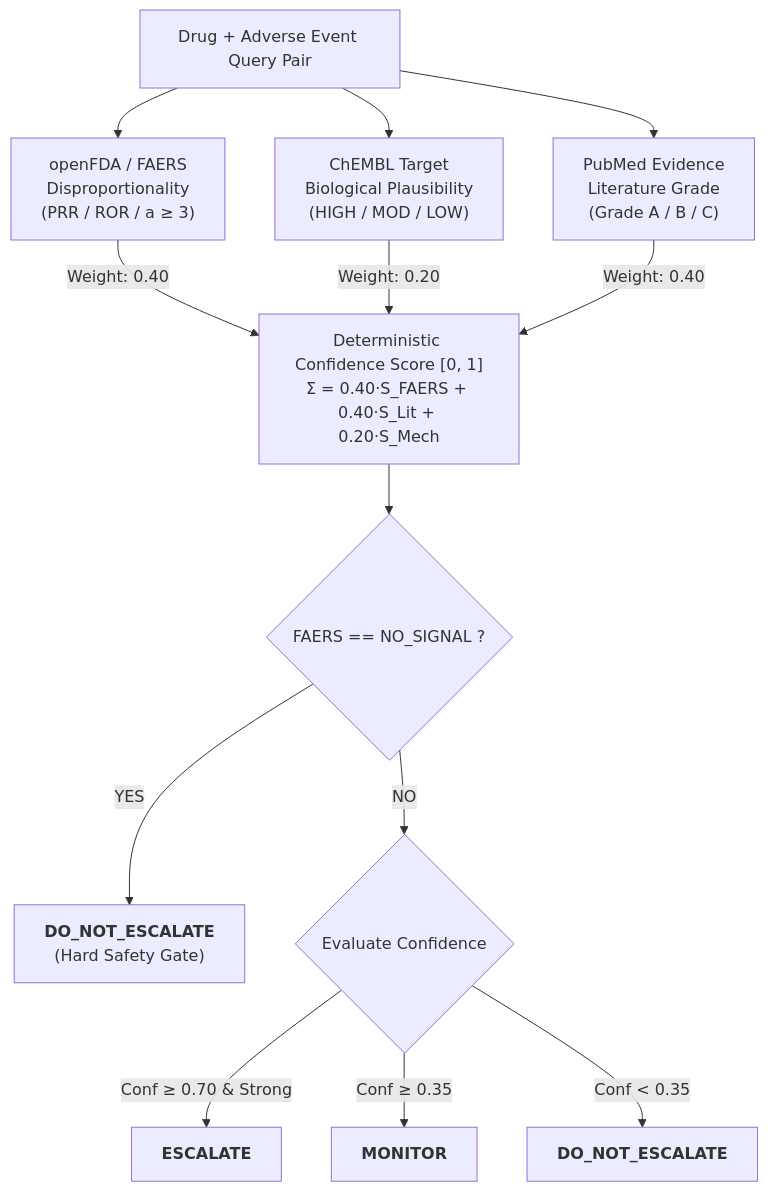
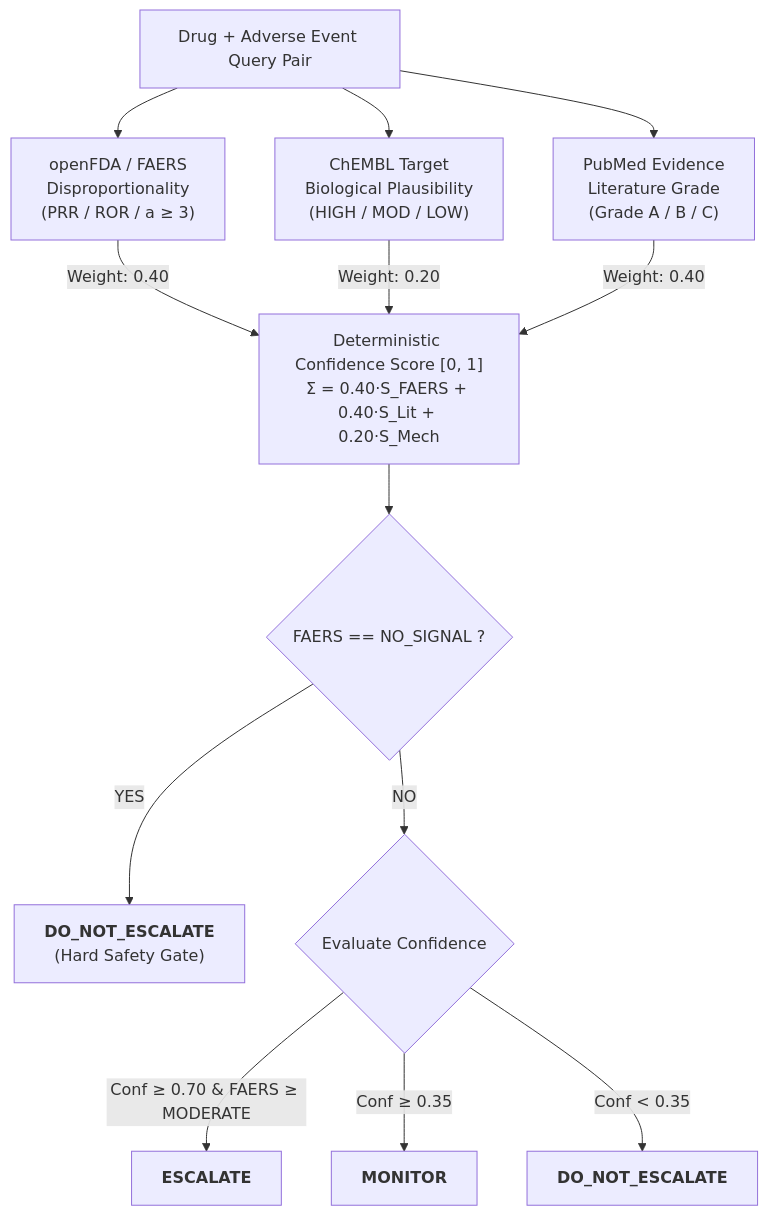
One commit to Krishna200608/PharmaGuard changed the diagram in README.md. Above: the diagram before and after it, drawn with Mermaid.

Commit message:
docs: update escalation criteria in README flow chart to include FAERS severity threshold

````diff
--- a/README.md
+++ b/README.md
@@ -46,18 +46,18 @@
 ```mermaid
 flowchart TD
     QP["Drug + Adverse Event Query Pair"] --> FAERS["openFDA / FAERS<br/>Disproportionality<br/>(PRR / ROR / a ≥ 3)"]
     QP --> CHEMBL["ChEMBL Target<br/>Biological Plausibility<br/>(HIGH / MOD / LOW)"]
     QP --> PUBMED["PubMed Evidence<br/>Literature Grade<br/>(Grade A / B / C)"]
 
     FAERS -->|"Weight: 0.40"| CONF["Deterministic Confidence Score [0, 1]<br/>Σ = 0.40·S_FAERS + 0.40·S_Lit + 0.20·S_Mech"]
     CHEMBL -->|"Weight: 0.20"| CONF
     PUBMED -->|"Weight: 0.40"| CONF
 
     CONF --> GATE{"FAERS == NO_SIGNAL ?"}
     GATE -->|"YES"| DNE_GATE["<b>DO_NOT_ESCALATE</b><br/>(Hard Safety Gate)"]
     GATE -->|"NO"| EVAL{"Evaluate Confidence"}
 
-    EVAL -->|"Conf ≥ 0.70 & Strong"| ESC["<b>ESCALATE</b>"]
+    EVAL -->|"Conf ≥ 0.70 & FAERS ≥ MODERATE"| ESC["<b>ESCALATE</b>"]
     EVAL -->|"Conf ≥ 0.35"| MON["<b>MONITOR</b>"]
     EVAL -->|"Conf < 0.35"| DNE["<b>DO_NOT_ESCALATE</b>"]
 ```
````
